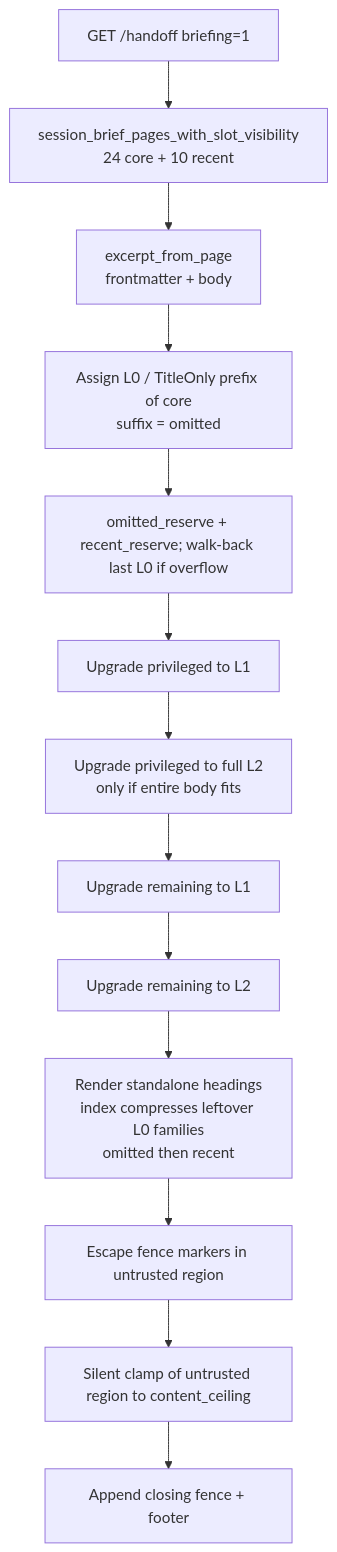
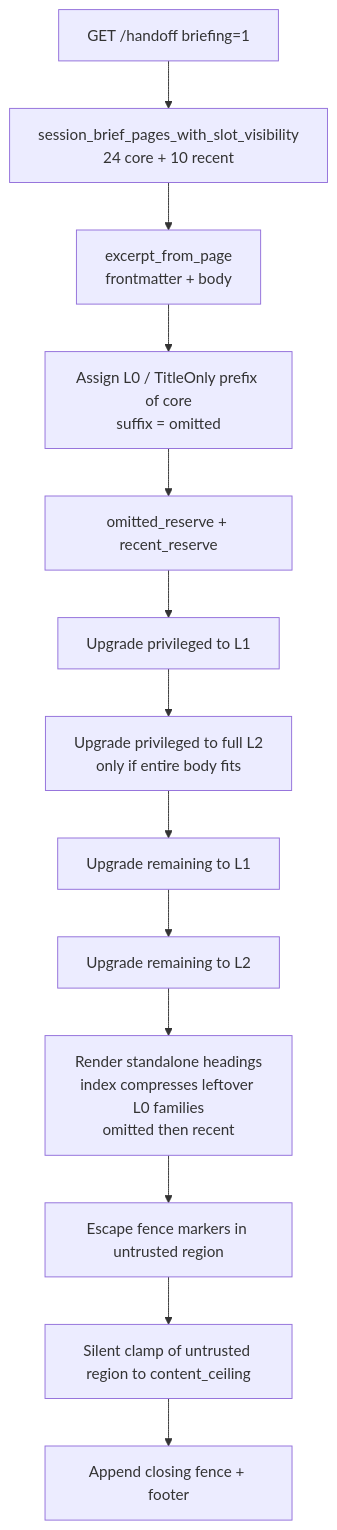
One commit to 1FabricioAntunes/ai-memory changed the first of 2 diagrams in docs/design-tiered-session-brief.md. Above: the diagram before and after it, drawn with Mermaid. The commit also changed other lines of this file and 8 other files, not shown here.

````diff
--- a/docs/design-tiered-session-brief.md
+++ b/docs/design-tiered-session-brief.md
@@ -726,15 +722,15 @@
 ```mermaid
 flowchart TD
   start[GET /handoff briefing=1] --> fetch["session_brief_pages_with_slot_visibility<br/>24 core + 10 recent"]
   fetch --> excerpt["excerpt_from_page<br/>frontmatter + body"]
   excerpt --> l0["Assign L0 / TitleOnly prefix of core<br/>suffix = omitted"]
-  l0 --> reserves["omitted_reserve + recent_reserve; walk-back last L0 if overflow"]
+  l0 --> reserves["omitted_reserve + recent_reserve"]
   reserves --> privL1[Upgrade privileged to L1]
   privL1 --> privL2["Upgrade privileged to full L2<br/>only if entire body fits"]
   privL2 --> restL1[Upgrade remaining to L1]
   restL1 --> restL2[Upgrade remaining to L2]
   restL2 --> render["Render standalone headings<br/>index compresses leftover L0 families<br/>omitted then recent"]
   render --> fence[Escape fence markers in untrusted region]
   fence --> clamp[Silent clamp of untrusted region to content_ceiling]
   clamp --> tail[Append closing fence + footer]
 ```
````
